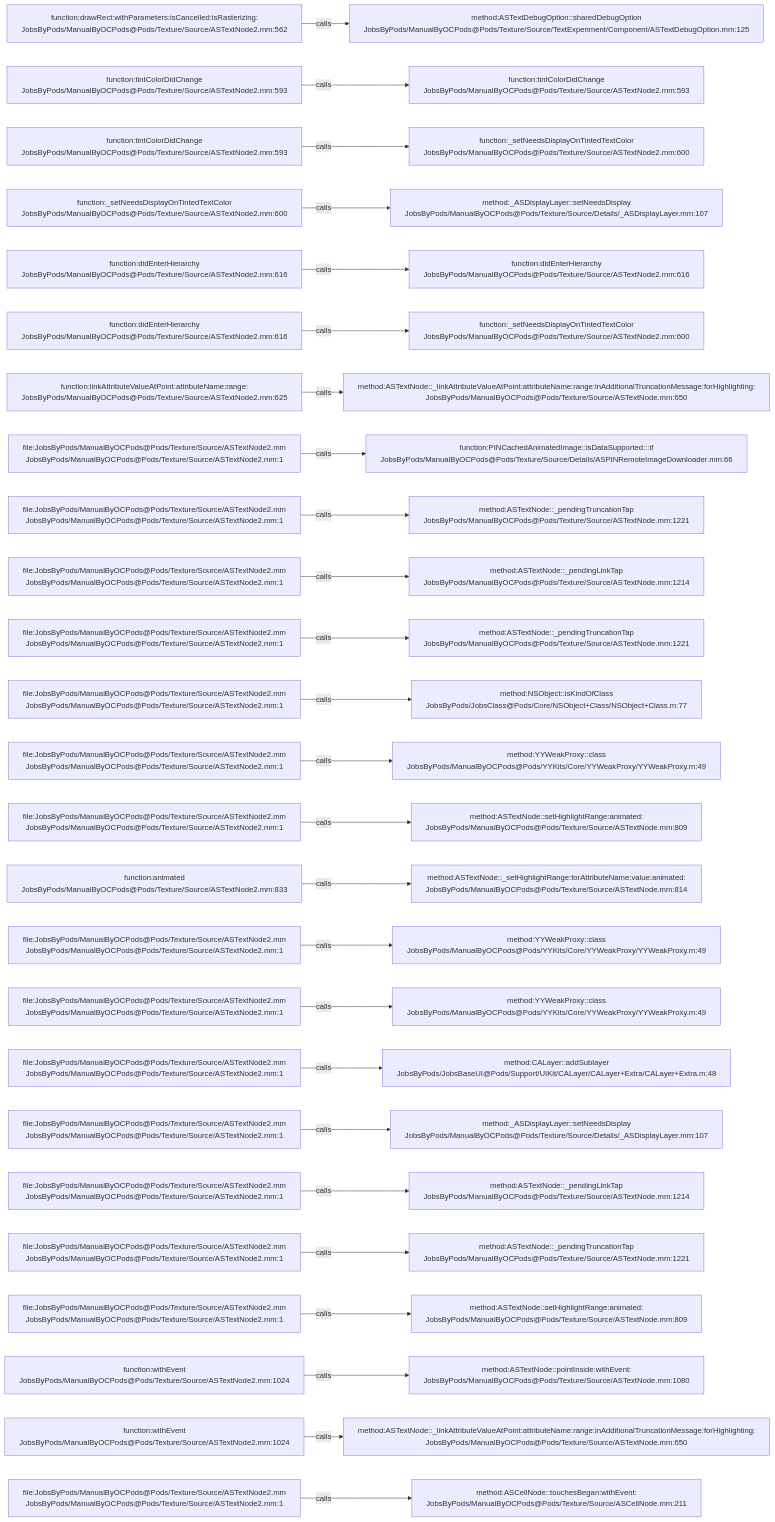
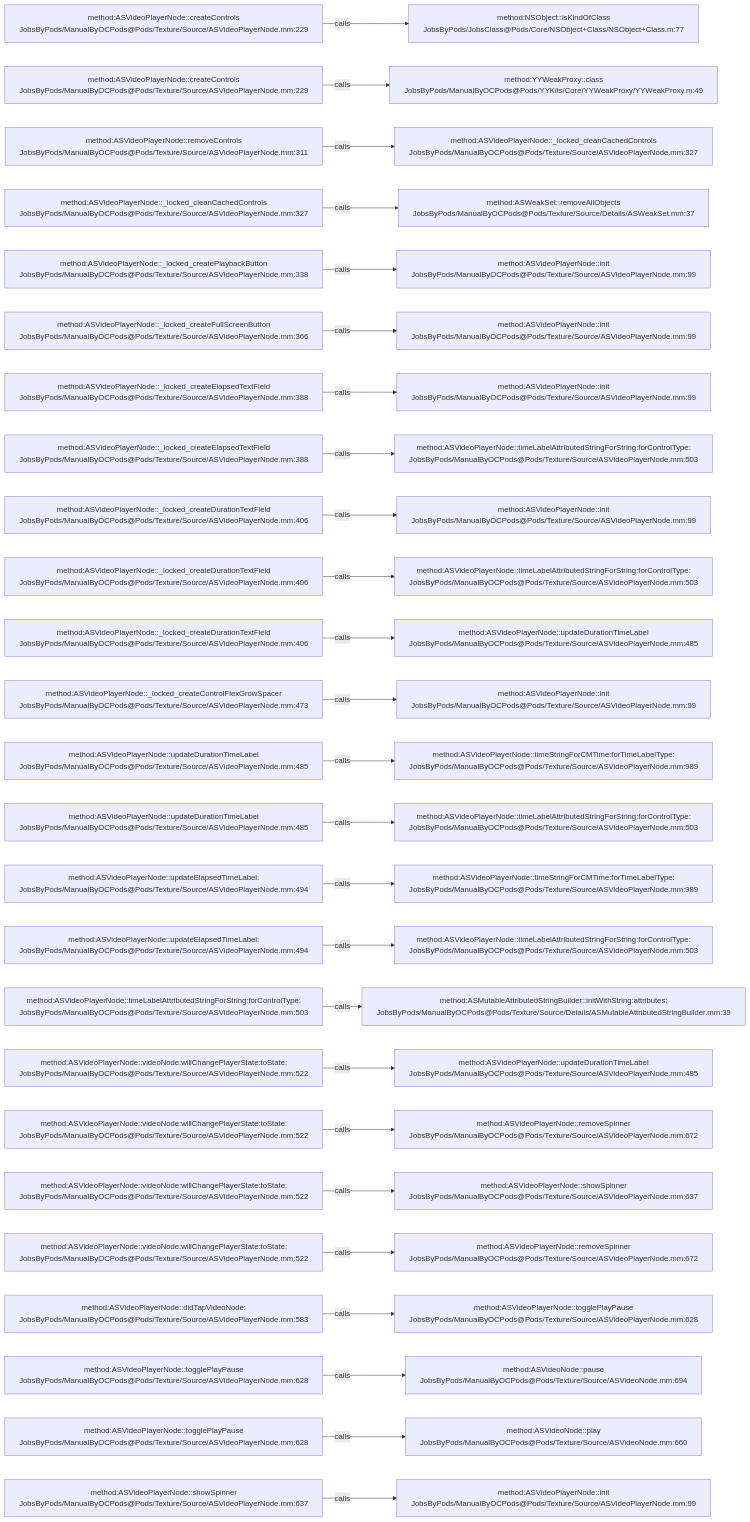
One commit to JobsKits/JobsOCBaseConfigDemo changed the diagram in .codegraph/codegraph.md/graphs/calls-138.md. Above: the diagram before and after it, drawn with Mermaid. The commit also changed 1448 other files, not shown here.

````diff
--- a/.codegraph/codegraph.md/graphs/calls-138.md
+++ b/.codegraph/codegraph.md/graphs/calls-138.md
@@ -13,78 +13,78 @@
 ```mermaid
 flowchart LR
-  S1["function:drawRect:withParameters:isCancelled:isRasterizing:<br/>JobsByPods/ManualByOCPods@Pods/Texture/Source/ASTextNode2.mm:562"]
-  T1["method:ASTextDebugOption::sharedDebugOption<br/>JobsByPods/ManualByOCPods@Pods/Texture/Source/TextExperiment/Component/ASTextDebugOption.mm:125"]
+  S1["method:ASVideoPlayerNode::createControls<br/>JobsByPods/ManualByOCPods@Pods/Texture/Source/ASVideoPlayerNode.mm:229"]
+  T1["method:NSObject::isKindOfClass<br/>JobsByPods/JobsClass@Pods/Core/NSObject+Class/NSObject+Class.m:77"]
   S1 -->|calls| T1
-  S2["function:tintColorDidChange<br/>JobsByPods/ManualByOCPods@Pods/Texture/Source/ASTextNode2.mm:593"]
-  T2["function:tintColorDidChange<br/>JobsByPods/ManualByOCPods@Pods/Texture/Source/ASTextNode2.mm:593"]
+  S2["method:ASVideoPlayerNode::createControls<br/>JobsByPods/ManualByOCPods@Pods/Texture/Source/ASVideoPlayerNode.mm:229"]
+  T2["method:YYWeakProxy::class<br/>JobsByPods/ManualByOCPods@Pods/YYKits/Core/YYWeakProxy/YYWeakProxy.m:49"]
   S2 -->|calls| T2
-  S3["function:tintColorDidChange<br/>JobsByPods/ManualByOCPods@Pods/Texture/Source/ASTextNode2.mm:593"]
-  T3["function:_setNeedsDisplayOnTintedTextColor<br/>JobsByPods/ManualByOCPods@Pods/Texture/Source/ASTextNode2.mm:600"]
+  S3["method:ASVideoPlayerNode::removeControls<br/>JobsByPods/ManualByOCPods@Pods/Texture/Source/ASVideoPlayerNode.mm:311"]
+  T3["method:ASVideoPlayerNode::_locked_cleanCachedControls<br/>JobsByPods/ManualByOCPods@Pods/Texture/Source/ASVideoPlayerNode.mm:327"]
   S3 -->|calls| T3
-  S4["function:_setNeedsDisplayOnTintedTextColor<br/>JobsByPods/ManualByOCPods@Pods/Texture/Source/ASTextNode2.mm:600"]
-  T4["method:_ASDisplayLayer::setNeedsDisplay<br/>JobsByPods/ManualByOCPods@Pods/Texture/Source/Details/_ASDisplayLayer.mm:107"]
+  S4["method:ASVideoPlayerNode::_locked_cleanCachedControls<br/>JobsByPods/ManualByOCPods@Pods/Texture/Source/ASVideoPlayerNode.mm:327"]
+  T4["method:ASWeakSet::removeAllObjects<br/>JobsByPods/ManualByOCPods@Pods/Texture/Source/Details/ASWeakSet.mm:37"]
   S4 -->|calls| T4
-  S5["function:didEnterHierarchy<br/>JobsByPods/ManualByOCPods@Pods/Texture/Source/ASTextNode2.mm:616"]
-  T5["function:didEnterHierarchy<br/>JobsByPods/ManualByOCPods@Pods/Texture/Source/ASTextNode2.mm:616"]
+  S5["method:ASVideoPlayerNode::_locked_createPlaybackButton<br/>JobsByPods/ManualByOCPods@Pods/Texture/Source/ASVideoPlayerNode.mm:338"]
+  T5["method:ASVideoPlayerNode::init<br/>JobsByPods/ManualByOCPods@Pods/Texture/Source/ASVideoPlayerNode.mm:99"]
   S5 -->|calls| T5
-  S6["function:didEnterHierarchy<br/>JobsByPods/ManualByOCPods@Pods/Texture/Source/ASTextNode2.mm:616"]
-  T6["function:_setNeedsDisplayOnTintedTextColor<br/>JobsByPods/ManualByOCPods@Pods/Texture/Source/ASTextNode2.mm:600"]
+  S6["method:ASVideoPlayerNode::_locked_createFullScreenButton<br/>JobsByPods/ManualByOCPods@Pods/Texture/Source/ASVideoPlayerNode.mm:366"]
+  T6["method:ASVideoPlayerNode::init<br/>JobsByPods/ManualByOCPods@Pods/Texture/Source/ASVideoPlayerNode.mm:99"]
   S6 -->|calls| T6
-  S7["function:linkAttributeValueAtPoint:attributeName:range:<br/>JobsByPods/ManualByOCPods@Pods/Texture/Source/ASTextNode2.mm:625"]
-  T7["method:ASTextNode::_linkAttributeValueAtPoint:attributeName:range:inAdditionalTruncationMessage:forHighlighting:<br/>JobsByPods/ManualByOCPods@Pods/Texture/Source/ASTextNode.mm:650"]
+  S7["method:ASVideoPlayerNode::_locked_createElapsedTextField<br/>JobsByPods/ManualByOCPods@Pods/Texture/Source/ASVideoPlayerNode.mm:388"]
+  T7["method:ASVideoPlayerNode::init<br/>JobsByPods/ManualByOCPods@Pods/Texture/Source/ASVideoPlayerNode.mm:99"]
   S7 -->|calls| T7
-  S8["file:JobsByPods/ManualByOCPods@Pods/Texture/Source/ASTextNode2.mm<br/>JobsByPods/ManualByOCPods@Pods/Texture/Source/ASTextNode2.mm:1"]
-  T8["function:PINCachedAnimatedImage::isDataSupported:::if<br/>JobsByPods/ManualByOCPods@Pods/Texture/Source/Details/ASPINRemoteImageDownloader.mm:66"]
+  S8["method:ASVideoPlayerNode::_locked_createElapsedTextField<br/>JobsByPods/ManualByOCPods@Pods/Texture/Source/ASVideoPlayerNode.mm:388"]
+  T8["method:ASVideoPlayerNode::timeLabelAttributedStringForString:forControlType:<br/>JobsByPods/ManualByOCPods@Pods/Texture/Source/ASVideoPlayerNode.mm:503"]
   S8 -->|calls| T8
-  S9["file:JobsByPods/ManualByOCPods@Pods/Texture/Source/ASTextNode2.mm<br/>JobsByPods/ManualByOCPods@Pods/Texture/Source/ASTextNode2.mm:1"]
-  T9["method:ASTextNode::_pendingTruncationTap<br/>JobsByPods/ManualByOCPods@Pods/Texture/Source/ASTextNode.mm:1221"]
+  S9["method:ASVideoPlayerNode::_locked_createDurationTextField<br/>JobsByPods/ManualByOCPods@Pods/Texture/Source/ASVideoPlayerNode.mm:406"]
+  T9["method:ASVideoPlayerNode::init<br/>JobsByPods/ManualByOCPods@Pods/Texture/Source/ASVideoPlayerNode.mm:99"]
   S9 -->|calls| T9
-  S10["file:JobsByPods/ManualByOCPods@Pods/Texture/Source/ASTextNode2.mm<br/>JobsByPods/ManualByOCPods@Pods/Texture/Source/ASTextNode2.mm:1"]
-  T10["method:ASTextNode::_pendingLinkTap<br/>JobsByPods/ManualByOCPods@Pods/Texture/Source/ASTextNode.mm:1214"]
+  S10["method:ASVideoPlayerNode::_locked_createDurationTextField<br/>JobsByPods/ManualByOCPods@Pods/Texture/Source/ASVideoPlayerNode.mm:406"]
+  T10["method:ASVideoPlayerNode::timeLabelAttributedStringForString:forControlType:<br/>JobsByPods/ManualByOCPods@Pods/Texture/Source/ASVideoPlayerNode.mm:503"]
   S10 -->|calls| T10
-  S11["file:JobsByPods/ManualByOCPods@Pods/Texture/Source/ASTextNode2.mm<br/>JobsByPods/ManualByOCPods@Pods/Texture/Source/ASTextNode2.mm:1"]
-  T11["method:ASTextNode::_pendingTruncationTap<br/>JobsByPods/ManualByOCPods@Pods/Texture/Source/ASTextNode.mm:1221"]
+  S11["method:ASVideoPlayerNode::_locked_createDurationTextField<br/>JobsByPods/ManualByOCPods@Pods/Texture/Source/ASVideoPlayerNode.mm:406"]
+  T11["method:ASVideoPlayerNode::updateDurationTimeLabel<br/>JobsByPods/ManualByOCPods@Pods/Texture/Source/ASVideoPlayerNode.mm:485"]
   S11 -->|calls| T11
-  S12["file:JobsByPods/ManualByOCPods@Pods/Texture/Source/ASTextNode2.mm<br/>JobsByPods/ManualByOCPods@Pods/Texture/Source/ASTextNode2.mm:1"]
-  T12["method:NSObject::isKindOfClass<br/>JobsByPods/JobsClass@Pods/Core/NSObject+Class/NSObject+Class.m:77"]
+  S12["method:ASVideoPlayerNode::_locked_createControlFlexGrowSpacer<br/>JobsByPods/ManualByOCPods@Pods/Texture/Source/ASVideoPlayerNode.mm:473"]
+  T12["method:ASVideoPlayerNode::init<br/>JobsByPods/ManualByOCPods@Pods/Texture/Source/ASVideoPlayerNode.mm:99"]
   S12 -->|calls| T12
-  S13["file:JobsByPods/ManualByOCPods@Pods/Texture/Source/ASTextNode2.mm<br/>JobsByPods/ManualByOCPods@Pods/Texture/Source/ASTextNode2.mm:1"]
-  T13["method:YYWeakProxy::class<br/>JobsByPods/ManualByOCPods@Pods/YYKits/Core/YYWeakProxy/YYWeakProxy.m:49"]
+  S13["method:ASVideoPlayerNode::updateDurationTimeLabel<br/>JobsByPods/ManualByOCPods@Pods/Texture/Source/ASVideoPlayerNode.mm:485"]
+  T13["method:ASVideoPlayerNode::timeStringForCMTime:forTimeLabelType:<br/>JobsByPods/ManualByOCPods@Pods/Texture/Source/ASVideoPlayerNode.mm:989"]
   S13 -->|calls| T13
-  S14["file:JobsByPods/ManualByOCPods@Pods/Texture/Source/ASTextNode2.mm<br/>JobsByPods/ManualByOCPods@Pods/Texture/Source/ASTextNode2.mm:1"]
-  T14["method:ASTextNode::setHighlightRange:animated:<br/>JobsByPods/ManualByOCPods@Pods/Texture/Source/ASTextNode.mm:809"]
+  S14["method:ASVideoPlayerNode::updateDurationTimeLabel<br/>JobsByPods/ManualByOCPods@Pods/Texture/Source/ASVideoPlayerNode.mm:485"]
+  T14["method:ASVideoPlayerNode::timeLabelAttributedStringForString:forControlType:<br/>JobsByPods/ManualByOCPods@Pods/Texture/Source/ASVideoPlayerNode.mm:503"]
   S14 -->|calls| T14
-  S15["function:animated<br/>JobsByPods/ManualByOCPods@Pods/Texture/Source/ASTextNode2.mm:833"]
-  T15["method:ASTextNode::_setHighlightRange:forAttributeName:value:animated:<br/>JobsByPods/ManualByOCPods@Pods/Texture/Source/ASTextNode.mm:814"]
+  S15["method:ASVideoPlayerNode::updateElapsedTimeLabel:<br/>JobsByPods/ManualByOCPods@Pods/Texture/Source/ASVideoPlayerNode.mm:494"]
+  T15["method:ASVideoPlayerNode::timeStringForCMTime:forTimeLabelType:<br/>JobsByPods/ManualByOCPods@Pods/Texture/Source/ASVideoPlayerNode.mm:989"]
   S15 -->|calls| T15
-  S16["file:JobsByPods/ManualByOCPods@Pods/Texture/Source/ASTextNode2.mm<br/>JobsByPods/ManualByOCPods@Pods/Texture/Source/ASTextNode2.mm:1"]
-  T16["method:YYWeakProxy::class<br/>JobsByPods/ManualByOCPods@Pods/YYKits/Core/YYWeakProxy/YYWeakProxy.m:49"]
+  S16["method:ASVideoPlayerNode::updateElapsedTimeLabel:<br/>JobsByPods/ManualByOCPods@Pods/Texture/Source/ASVideoPlayerNode.mm:494"]
+  T16["method:ASVideoPlayerNode::timeLabelAttributedStringForString:forControlType:<br/>JobsByPods/ManualByOCPods@Pods/Texture/Source/ASVideoPlayerNode.mm:503"]
   S16 -->|calls| T16
-  S17["file:JobsByPods/ManualByOCPods@Pods/Texture/Source/ASTextNode2.mm<br/>JobsByPods/ManualByOCPods@Pods/Texture/Source/ASTextNode2.mm:1"]
-  T17["method:YYWeakProxy::class<br/>JobsByPods/ManualByOCPods@Pods/YYKits/Core/YYWeakProxy/YYWeakProxy.m:49"]
+  S17["method:ASVideoPlayerNode::timeLabelAttributedStringForString:forControlType:<br/>JobsByPods/ManualByOCPods@Pods/Texture/Source/ASVideoPlayerNode.mm:503"]
+  T17["method:ASMutableAttributedStringBuilder::initWithString:attributes:<br/>JobsByPods/ManualByOCPods@Pods/Texture/Source/Details/ASMutableAttributedStringBuilder.mm:39"]
   S17 -->|calls| T17
-  S18["file:JobsByPods/ManualByOCPods@Pods/Texture/Source/ASTextNode2.mm<br/>JobsByPods/ManualByOCPods@Pods/Texture/Source/ASTextNode2.mm:1"]
-  T18["method:CALayer::addSublayer<br/>JobsByPods/JobsBaseUI@Pods/Support/UIKit/CALayer/CALayer+Extra/CALayer+Extra.m:48"]
+  S18["method:ASVideoPlayerNode::videoNode:willChangePlayerState:toState:<br/>JobsByPods/ManualByOCPods@Pods/Texture/Source/ASVideoPlayerNode.mm:522"]
+  T18["method:ASVideoPlayerNode::updateDurationTimeLabel<br/>JobsByPods/ManualByOCPods@Pods/Texture/Source/ASVideoPlayerNode.mm:485"]
   S18 -->|calls| T18
-  S19["file:JobsByPods/ManualByOCPods@Pods/Texture/Source/ASTextNode2.mm<br/>JobsByPods/ManualByOCPods@Pods/Texture/Source/ASTextNode2.mm:1"]
-  T19["method:_ASDisplayLayer::setNeedsDisplay<br/>JobsByPods/ManualByOCPods@Pods/Texture/Source/Details/_ASDisplayLayer.mm:107"]
+  S19["method:ASVideoPlayerNode::videoNode:willChangePlayerState:toState:<br/>JobsByPods/ManualByOCPods@Pods/Texture/Source/ASVideoPlayerNode.mm:522"]
+  T19["method:ASVideoPlayerNode::removeSpinner<br/>JobsByPods/ManualByOCPods@Pods/Texture/Source/ASVideoPlayerNode.mm:672"]
   S19 -->|calls| T19
-  S20["file:JobsByPods/ManualByOCPods@Pods/Texture/Source/ASTextNode2.mm<br/>JobsByPods/ManualByOCPods@Pods/Texture/Source/ASTextNode2.mm:1"]
-  T20["method:ASTextNode::_pendingLinkTap<br/>JobsByPods/ManualByOCPods@Pods/Texture/Source/ASTextNode.mm:1214"]
+  S20["method:ASVideoPlayerNode::videoNode:willChangePlayerState:toState:<br/>JobsByPods/ManualByOCPods@Pods/Texture/Source/ASVideoPlayerNode.mm:522"]
+  T20["method:ASVideoPlayerNode::showSpinner<br/>JobsByPods/ManualByOCPods@Pods/Texture/Source/ASVideoPlayerNode.mm:637"]
   S20 -->|calls| T20
-  S21["file:JobsByPods/ManualByOCPods@Pods/Texture/Source/ASTextNode2.mm<br/>JobsByPods/ManualByOCPods@Pods/Texture/Source/ASTextNode2.mm:1"]
-  T21["method:ASTextNode::_pendingTruncationTap<br/>JobsByPods/ManualByOCPods@Pods/Texture/Source/ASTextNode.mm:1221"]
+  S21["method:ASVideoPlayerNode::videoNode:willChangePlayerState:toState:<br/>JobsByPods/ManualByOCPods@Pods/Texture/Source/ASVideoPlayerNode.mm:522"]
+  T21["method:ASVideoPlayerNode::removeSpinner<br/>JobsByPods/ManualByOCPods@Pods/Texture/Source/ASVideoPlayerNode.mm:672"]
   S21 -->|calls| T21
-  S22["file:JobsByPods/ManualByOCPods@Pods/Texture/Source/ASTextNode2.mm<br/>JobsByPods/ManualByOCPods@Pods/Texture/Source/ASTextNode2.mm:1"]
-  T22["method:ASTextNode::setHighlightRange:animated:<br/>JobsByPods/ManualByOCPods@Pods/Texture/Source/ASTextNode.mm:809"]
+  S22["method:ASVideoPlayerNode::didTapVideoNode:<br/>JobsByPods/ManualByOCPods@Pods/Texture/Source/ASVideoPlayerNode.mm:583"]
+  T22["method:ASVideoPlayerNode::togglePlayPause<br/>JobsByPods/ManualByOCPods@Pods/Texture/Source/ASVideoPlayerNode.mm:628"]
   S22 -->|calls| T22
-  S23["function:withEvent<br/>JobsByPods/ManualByOCPods@Pods/Texture/Source/ASTextNode2.mm:1024"]
-  T23["method:ASTextNode::pointInside:withEvent:<br/>JobsByPods/ManualByOCPods@Pods/Texture/Source/ASTextNode.mm:1080"]
+  S23["method:ASVideoPlayerNode::togglePlayPause<br/>JobsByPods/ManualByOCPods@Pods/Texture/Source/ASVideoPlayerNode.mm:628"]
+  T23["method:ASVideoNode::pause<br/>JobsByPods/ManualByOCPods@Pods/Texture/Source/ASVideoNode.mm:694"]
   S23 -->|calls| T23
-  S24["function:withEvent<br/>JobsByPods/ManualByOCPods@Pods/Texture/Source/ASTextNode2.mm:1024"]
-  T24["method:ASTextNode::_linkAttributeValueAtPoint:attributeName:range:inAdditionalTruncationMessage:forHighlighting:<br/>JobsByPods/ManualByOCPods@Pods/Texture/Source/ASTextNode.mm:650"]
+  S24["method:ASVideoPlayerNode::togglePlayPause<br/>JobsByPods/ManualByOCPods@Pods/Texture/Source/ASVideoPlayerNode.mm:628"]
+  T24["method:ASVideoNode::play<br/>JobsByPods/ManualByOCPods@Pods/Texture/Source/ASVideoNode.mm:660"]
   S24 -->|calls| T24
-  S25["file:JobsByPods/ManualByOCPods@Pods/Texture/Source/ASTextNode2.mm<br/>JobsByPods/ManualByOCPods@Pods/Texture/Source/ASTextNode2.mm:1"]
-  T25["method:ASCellNode::touchesBegan:withEvent:<br/>JobsByPods/ManualByOCPods@Pods/Texture/Source/ASCellNode.mm:211"]
+  S25["method:ASVideoPlayerNode::showSpinner<br/>JobsByPods/ManualByOCPods@Pods/Texture/Source/ASVideoPlayerNode.mm:637"]
+  T25["method:ASVideoPlayerNode::init<br/>JobsByPods/ManualByOCPods@Pods/Texture/Source/ASVideoPlayerNode.mm:99"]
   S25 -->|calls| T25
 ```
````
